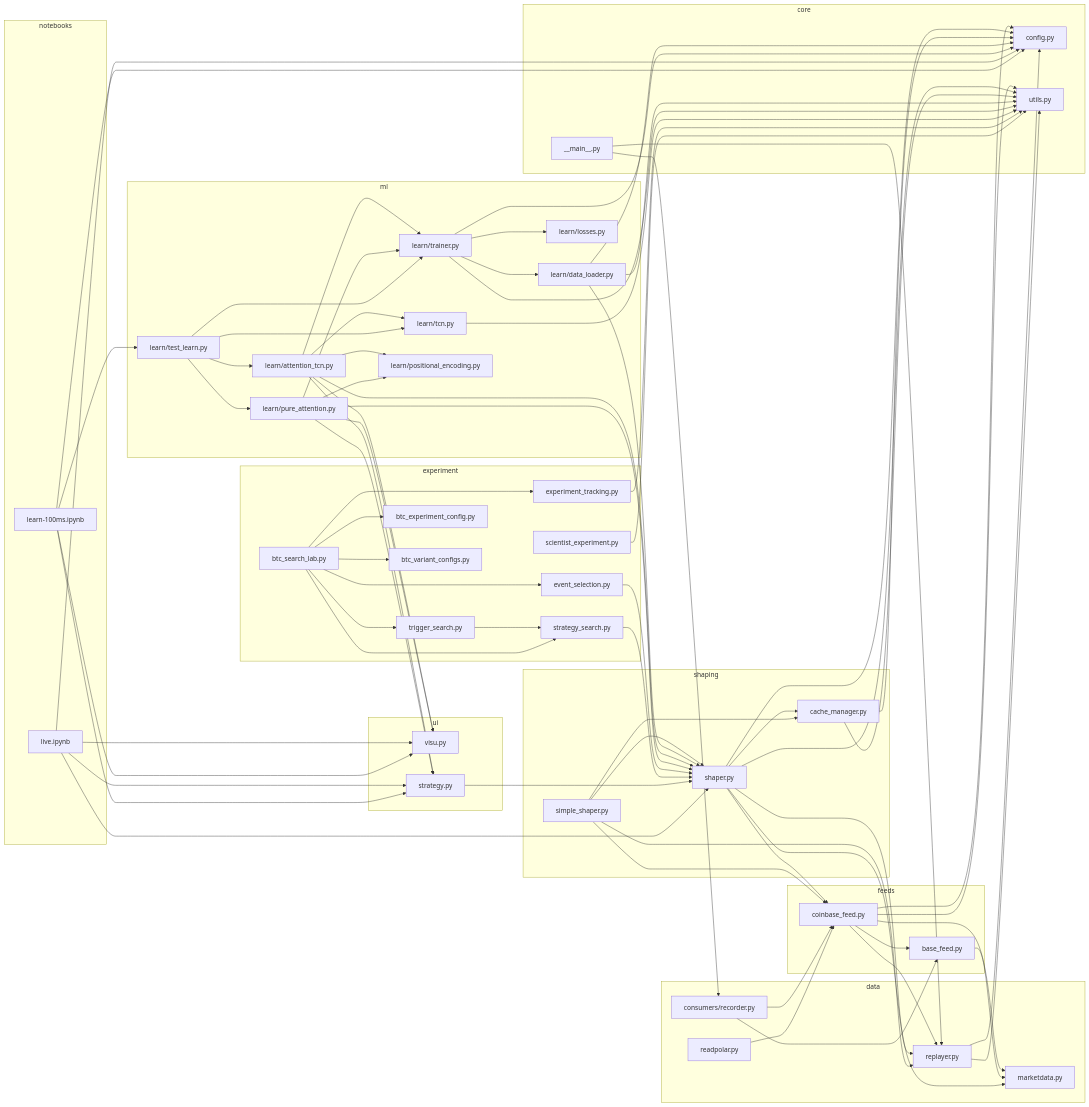
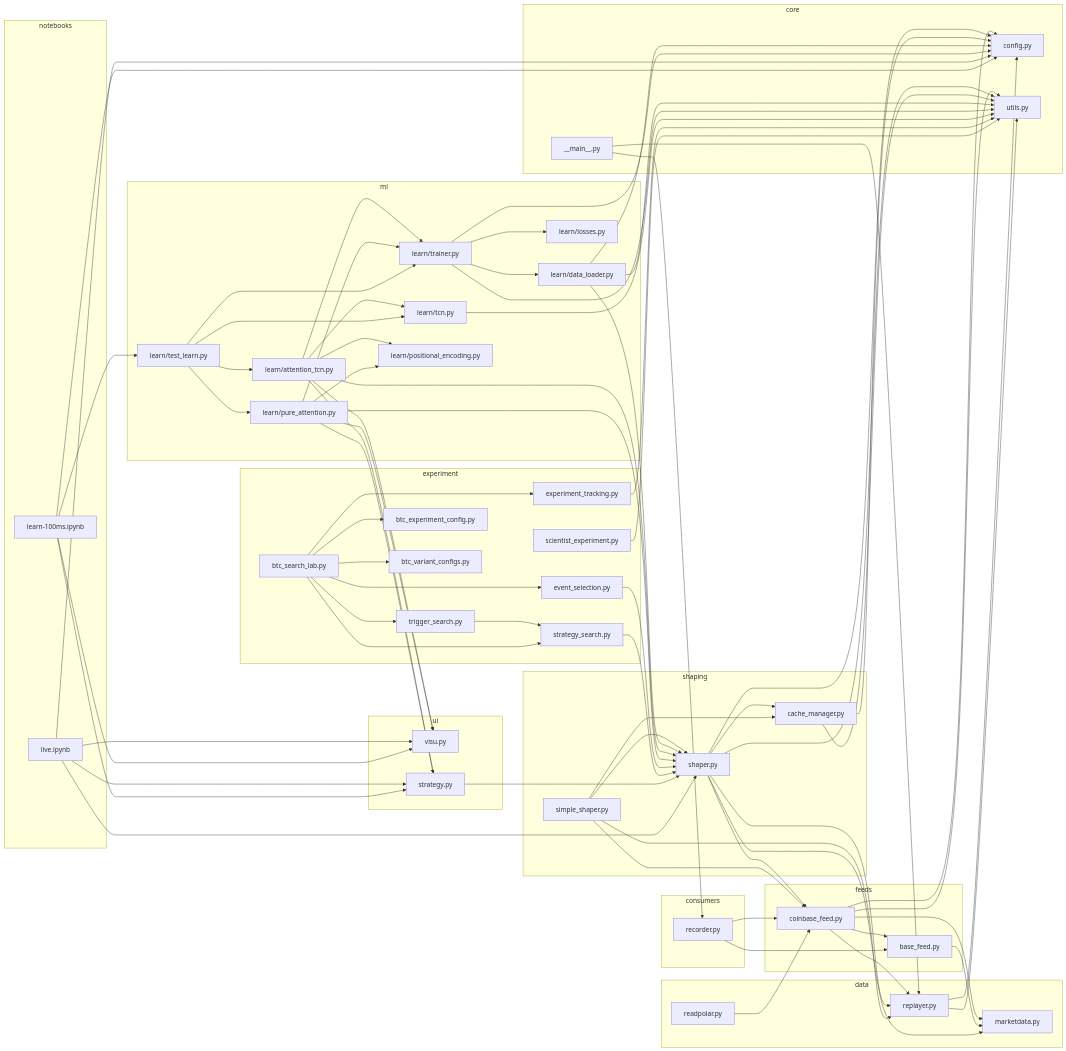
The first of 2 diagrams in architecture.md (gQuantCoder/deep_orderbook), drawn with Mermaid before and after one commit. The commit also changed other lines of this file and 12 other files, not shown here.

```diff
--- a/architecture.md
+++ b/architecture.md
@@ -19,10 +19,13 @@
         coinbase[coinbase_feed.py]
     end
 
+    subgraph consumers
+        cons_rec[recorder.py]
+    end
+
     subgraph data
         md[marketdata.py]
         replayer[replayer.py]
-        recorder[consumers/recorder.py]
         readpolar[readpolar.py]
     end
 
@@ -65,7 +68,7 @@
         btcvar[btc_variant_configs.py]
     end
 
-    cli --> recorder
+    cli --> cons_rec
     cli --> replayer
 
     coinbase --> md
@@ -78,8 +81,8 @@
     replayer --> config
     replayer --> utils
 
-    recorder --> base
-    recorder --> coinbase
+    cons_rec --> base
+    cons_rec --> coinbase
     readpolar --> coinbase
 
     shaper --> coinbase
```
